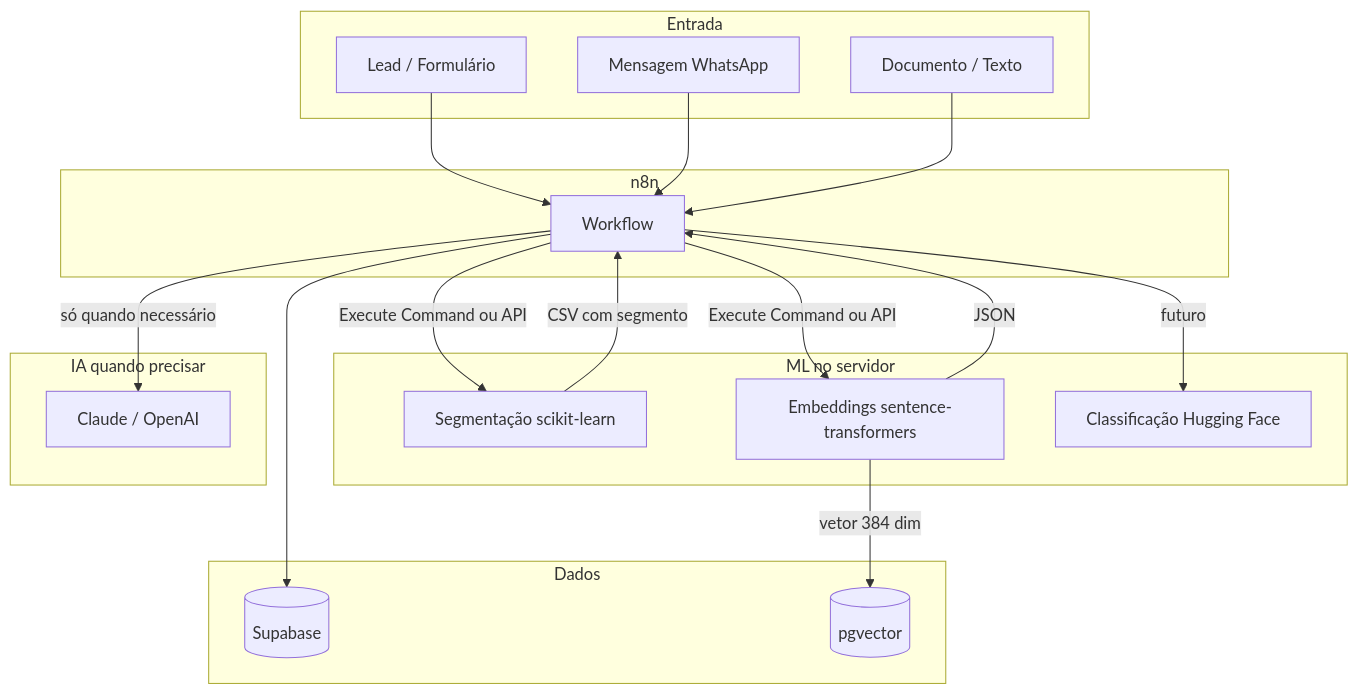
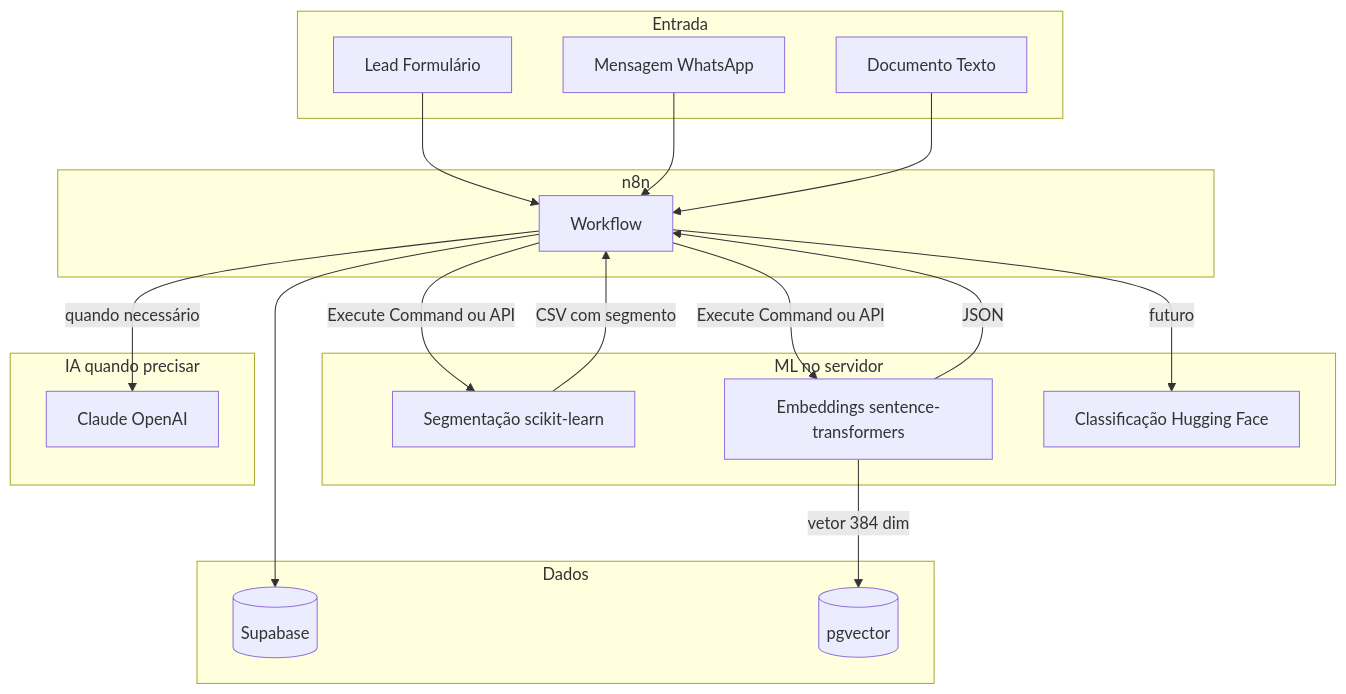
The second of 7 diagrams in planos/ml_casos_uso_fluxogramas_beneficios.plan.md (robsoncaldeira/docs), drawn with Mermaid before and after one commit. The commit also changed other lines of this file and 1 other file, not shown here.

Commit message:
fix: Mermaid para GitBook - remover aspas em rótulos e barras em nós

````diff
--- a/planos/ml_casos_uso_fluxogramas_beneficios.plan.md
+++ b/planos/ml_casos_uso_fluxogramas_beneficios.plan.md
@@ -74,39 +74,39 @@
 ```mermaid
 flowchart TB
   subgraph entrada [Entrada]
-    A1[Lead / Formulário]
+    A1[Lead Formulário]
     A2[Mensagem WhatsApp]
-    A3[Documento / Texto]
+    A3[Documento Texto]
   end
 
   subgraph n8n [n8n]
     N[Workflow]
   end
 
   subgraph ml_servidor [ML no servidor]
     M1[Segmentação scikit-learn]
     M2[Embeddings sentence-transformers]
     M3[Classificação Hugging Face]
   end
 
   subgraph dados [Dados]
     S[(Supabase)]
     DS[(pgvector)]
   end
 
   subgraph ia_cara [IA quando precisar]
-    Claude[Claude / OpenAI]
+    Claude[Claude OpenAI]
   end
 
   A1 --> N
   A2 --> N
   A3 --> N
-  N -->|"Execute Command ou API"| M1
-  N -->|"Execute Command ou API"| M2
-  N -->|"futuro"| M3
+  N -->|Execute Command ou API| M1
+  N -->|Execute Command ou API| M2
+  N -->|futuro| M3
   M1 -->|CSV com segmento| N
   M2 -->|vetor 384 dim| DS
   M2 -->|JSON| N
   N --> S
-  N -->|só quando necessário| Claude
+  N -->|quando necessário| Claude
 ```
````
